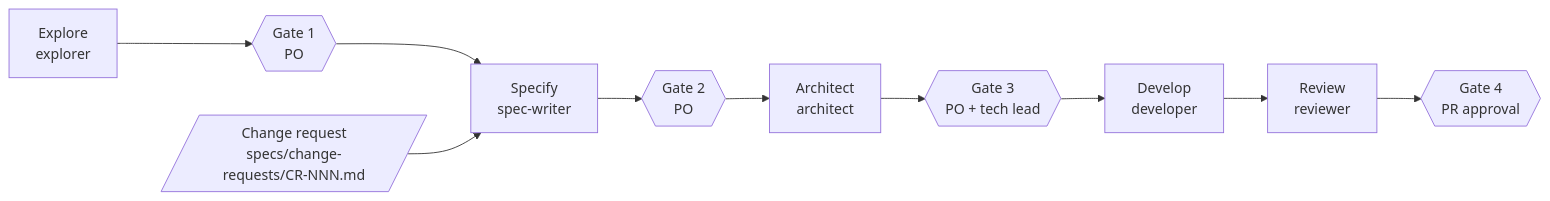
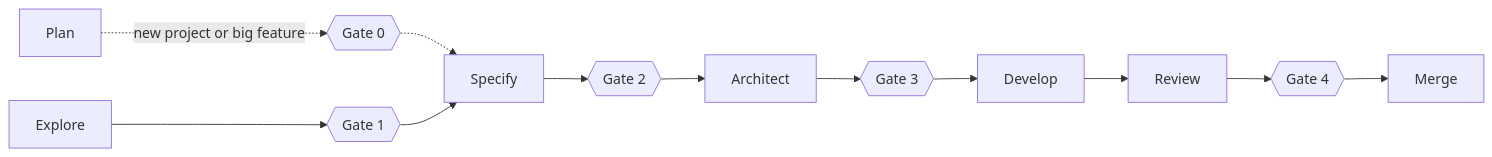
The diagram in README.md (salvatoreviticchie/agentic-sdlc-framework), drawn with Mermaid before and after one commit. The commit also changed other lines of this file and 40 other files, not shown here.

````diff
--- a/README.md
+++ b/README.md
@@ -26,12 +55,5 @@
 ```mermaid
 flowchart LR
-    E[Explore<br/>explorer] --> G1{{Gate 1<br/>PO}}
-    G1 --> S[Specify<br/>spec-writer]
-    S --> G2{{Gate 2<br/>PO}}
-    G2 --> A[Architect<br/>architect]
-    A --> G3{{Gate 3<br/>PO + tech lead}}
-    G3 --> D[Develop<br/>developer]
-    D --> R[Review<br/>reviewer]
-    R --> G4{{Gate 4<br/>PR approval}}
-    CR[/Change request<br/>specs/change-requests/CR-NNN.md/] --> S
+  P[Plan] -. new project or big feature .-> G0{{Gate 0}} -.-> S
+  E[Explore] --> G1{{Gate 1}} --> S[Specify] --> G2{{Gate 2}} --> A[Architect] --> G3{{Gate 3}} --> D[Develop] --> R[Review] --> G4{{Gate 4}} --> M[Merge]
 ```
````
